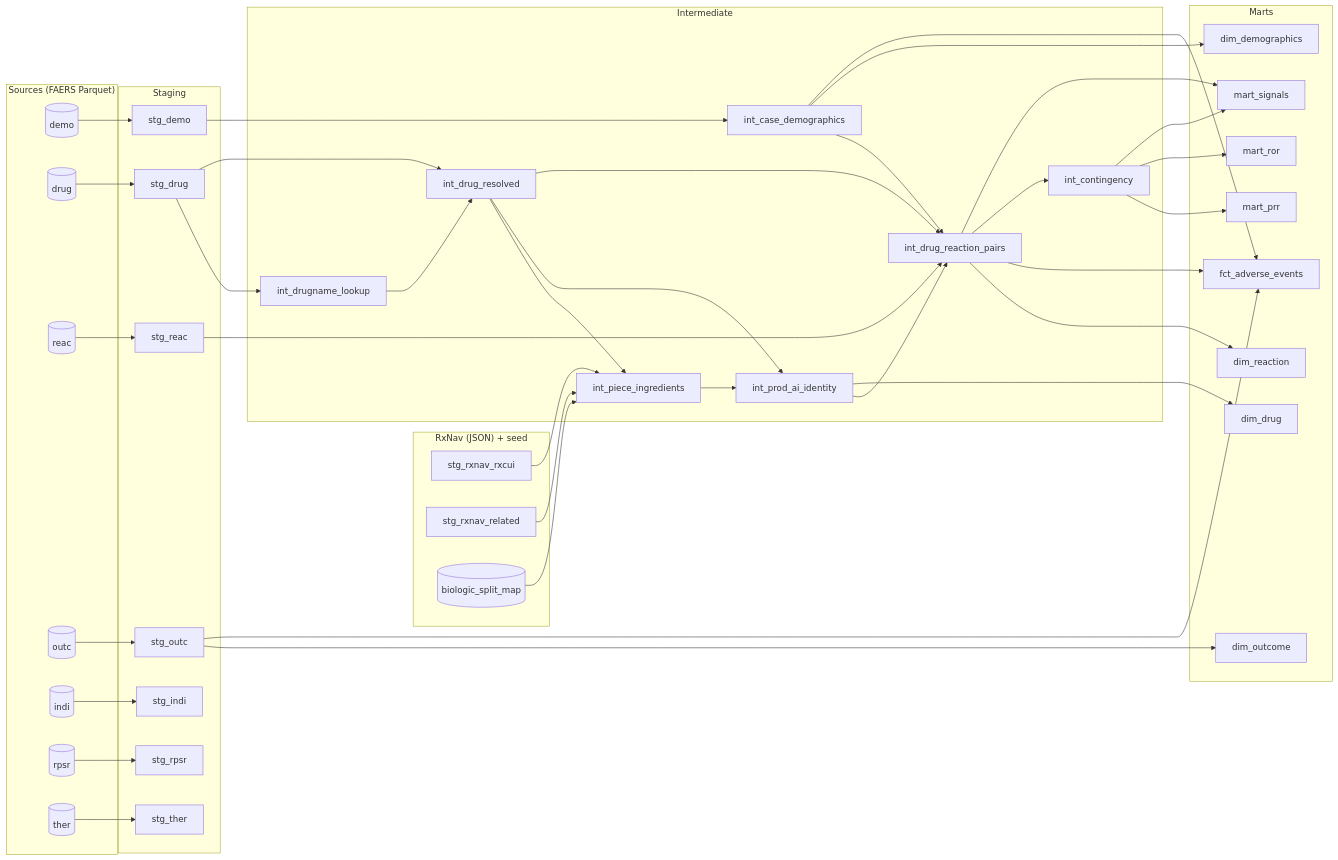
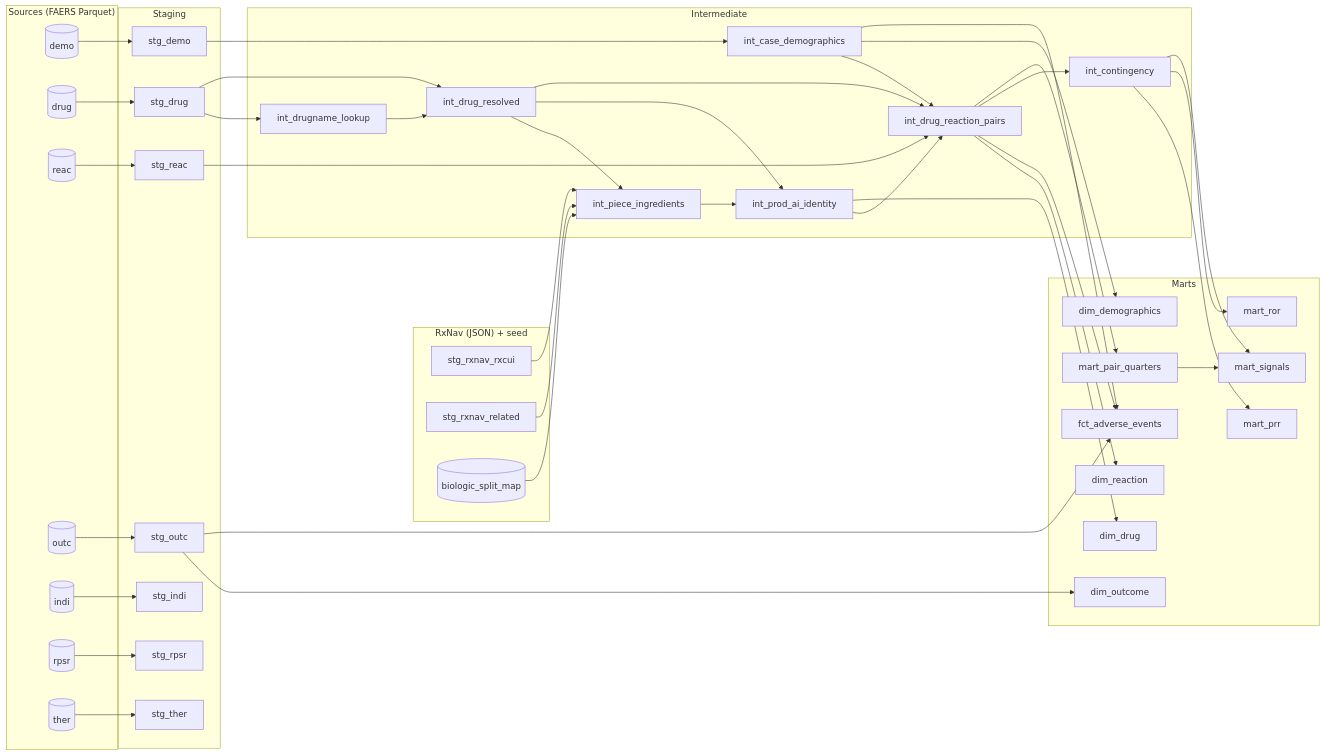
One commit to DeanKuhn/pharmawatch changed the second of 2 diagrams in docs/star_schema.md. Above: the diagram before and after it, drawn with Mermaid. The commit also changed other lines of this file and 3 other files, not shown here.

First line of the commit message:
Add mart_pair_quarters; mart_signals reads peak quarter from it

```diff
--- a/docs/star_schema.md
+++ b/docs/star_schema.md
@@ -62,6 +62,7 @@
         prr[mart_prr]
         ror[mart_ror]
         sig[mart_signals]
+        pq[mart_pair_quarters]
     end
 
     demo --> stg_demo
@@ -95,7 +96,8 @@
     int_cont --> prr
     int_cont --> ror
     int_cont --> sig
-    int_pairs --> sig
+    int_pairs --> pq
+    pq --> sig
     int_demo --> dim_demographics
     int_demo --> fct
     stg_outc --> dim_outcome
```
